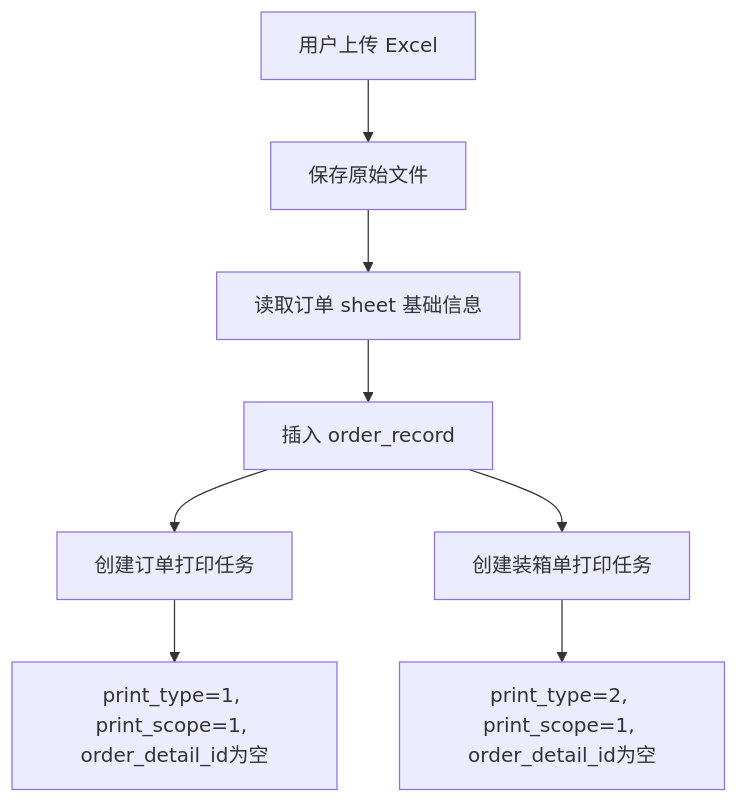
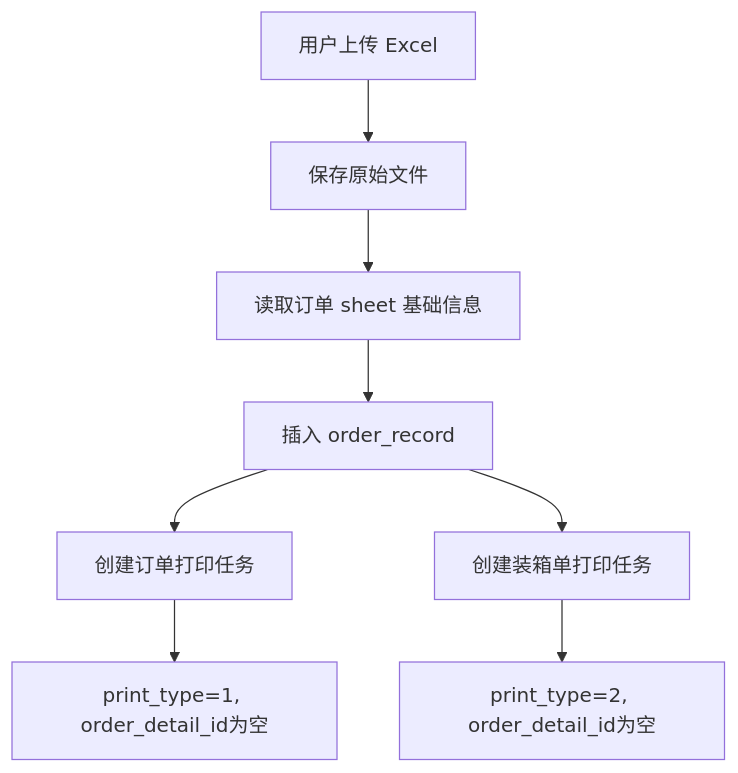
Before and after one commit to BleakWinter/shoe-factory-assistant: the first of 4 diagrams in docs/打印任务与识别流程设计.md, drawn with Mermaid. The commit also changed other lines of this file and 33 other files, not shown here.

````diff
--- a/docs/打印任务与识别流程设计.md
+++ b/docs/打印任务与识别流程设计.md
@@ -203,12 +195,12 @@
 ```mermaid
 flowchart TD
     A["用户上传 Excel"] --> B["保存原始文件"]
     B --> C["读取订单 sheet 基础信息"]
     C --> D["插入 order_record"]
 
     D --> E["创建订单打印任务"]
     D --> F["创建装箱单打印任务"]
 
-    E --> G["print_type=1, print_scope=1, order_detail_id为空"]
-    F --> H["print_type=2, print_scope=1, order_detail_id为空"]
+    E --> G["print_type=1, order_detail_id为空"]
+    F --> H["print_type=2, order_detail_id为空"]
 ```
````
